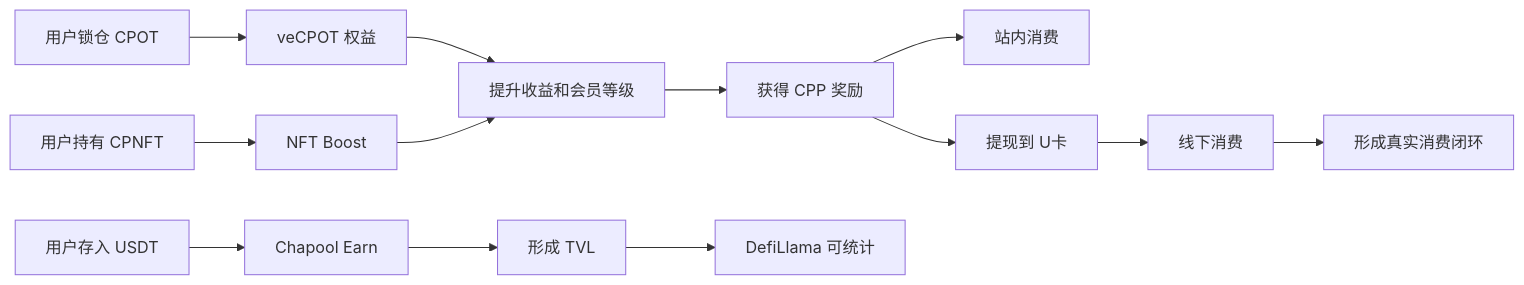
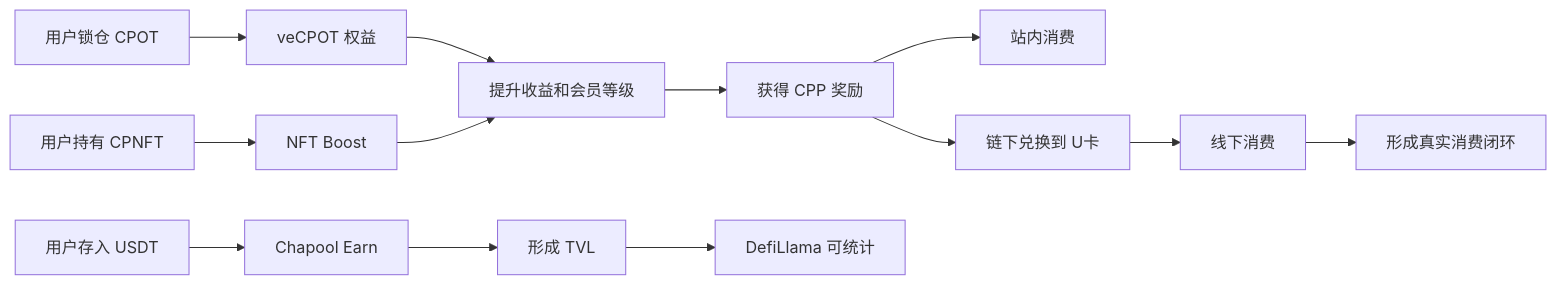
One commit to chapool/account-abstraction changed the first of 11 diagrams in docs/Chapool-TVL-Product-Design.md. Above: the diagram before and after it, drawn with Mermaid. The commit also changed other lines of this file, not shown here.

````diff
--- a/docs/Chapool-TVL-Product-Design.md
+++ b/docs/Chapool-TVL-Product-Design.md
@@ -59,18 +59,18 @@
 ```mermaid
 flowchart LR
     A[用户存入 USDT] --> B[Chapool Earn]
     C[用户锁仓 CPOT] --> D[veCPOT 权益]
     E[用户持有 CPNFT] --> F[NFT Boost]
 
     B --> G[形成 TVL]
     D --> H[提升收益和会员等级]
     F --> H
 
     H --> I[获得 CPP 奖励]
     I --> J[站内消费]
-    I --> K[提现到 U卡]
+    I --> K[链下兑换到 U卡]
     K --> L[线下消费]
 
     G --> M[DefiLlama 可统计]
     L --> N[形成真实消费闭环]
 ```
````
